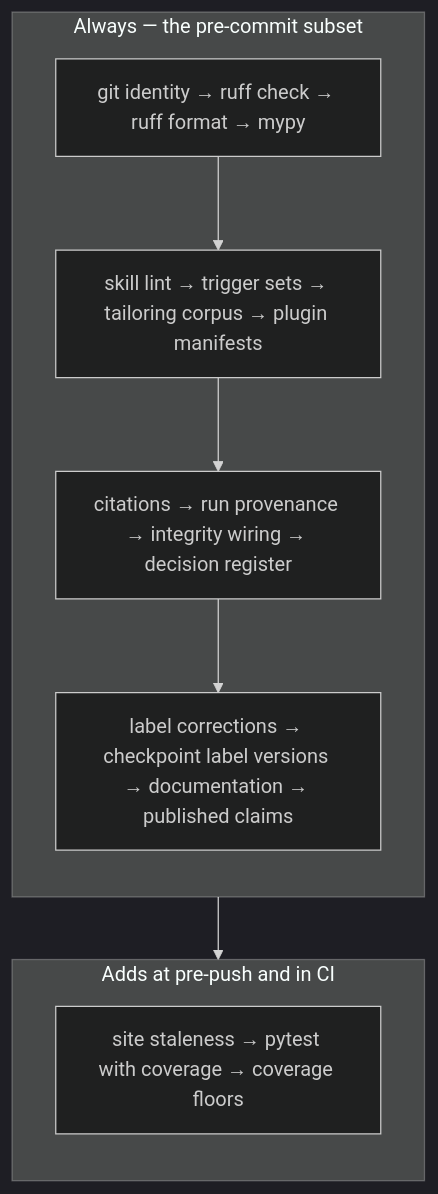
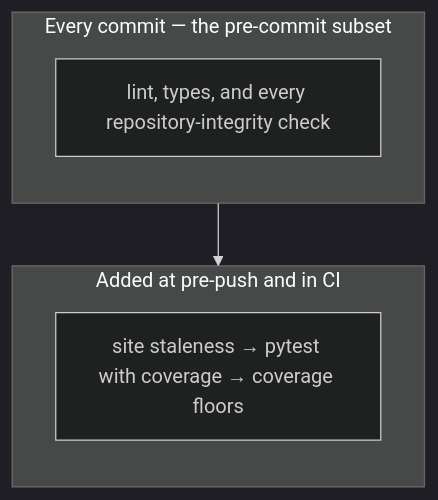
The fifth of 6 diagrams in docs/ARCHITECTURE.md (AngelCampa1/decision-making), drawn with Mermaid (dark theme) before and after one commit. The commit also changed other lines of this file and 7 other files, not shown here.

````diff
--- a/docs/ARCHITECTURE.md
+++ b/docs/ARCHITECTURE.md
@@ -224,16 +260,12 @@
 ```mermaid
 flowchart TB
-    subgraph always["Always — the pre-commit subset"]
+    subgraph always["Every commit — the pre-commit subset"]
         direction TB
-        a["git identity → ruff check → ruff format → mypy"]
-        b["skill lint → trigger sets → tailoring corpus → plugin manifests"]
-        c["citations → run provenance → integrity wiring → decision register"]
-        d["label corrections → checkpoint label versions → documentation → published claims"]
-        a --> b --> c --> d
+        a["lint, types, and every repository-integrity check"]
     end
-    subgraph full["Adds at pre-push and in CI"]
+    subgraph full["Added at pre-push and in CI"]
         direction TB
         e["site staleness → pytest with coverage → coverage floors"]
     end
     always --> full
 ```
````
